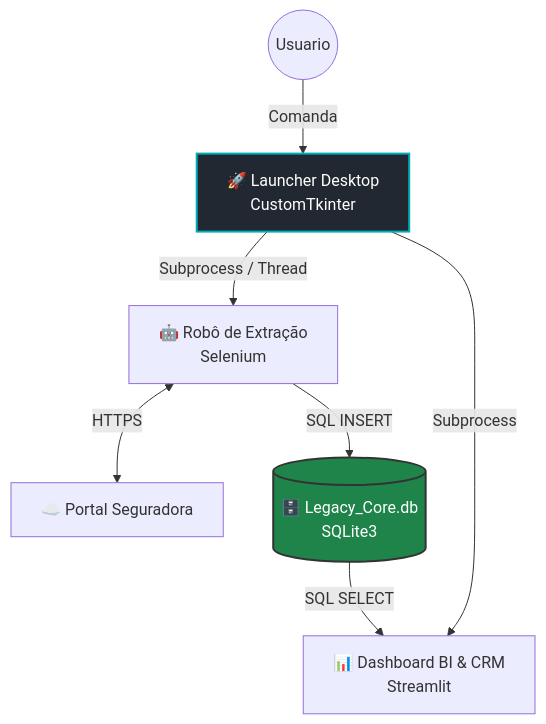
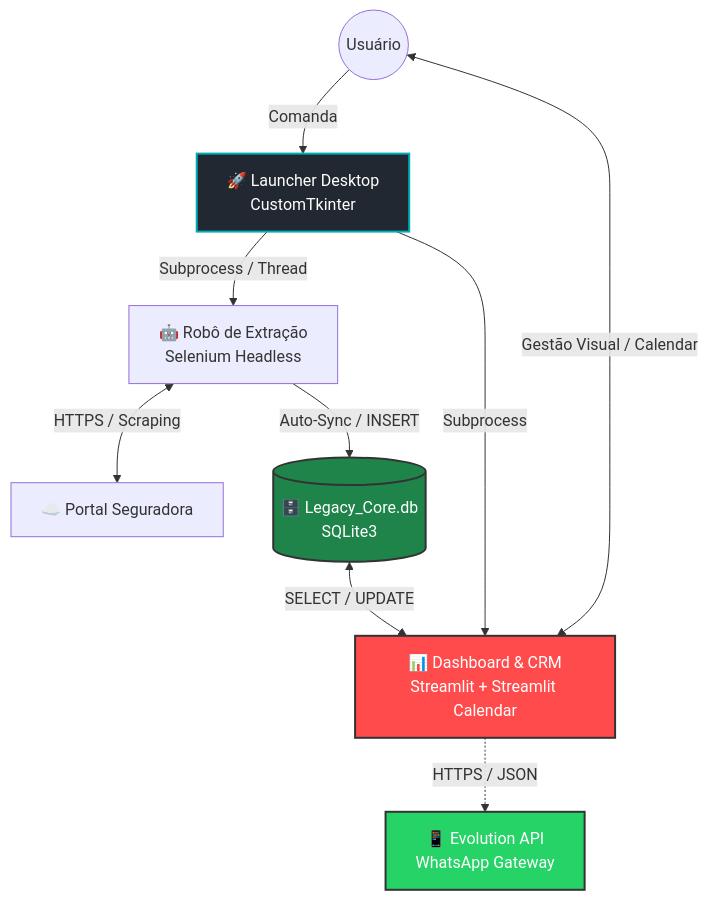
Before and after one commit to P3dr006/legacy-nexus-showcase: the first of 2 diagrams in README.md, drawn with Mermaid. The commit also changed other lines of this file, not shown here.

Commit message:
Novas demonstrações de funcionamento.

````diff
--- a/README.md
+++ b/README.md
@@ -20,23 +21,28 @@
 ```mermaid
 graph TD
     %% Atores e Launcher
-    User((Usuario)) -->|Comanda| Launcher[🚀 Launcher Desktop\nCustomTkinter]
+    User((Usuário)) -->|Comanda| Launcher[🚀 Launcher Desktop\nCustomTkinter]
+    User <-->|Gestão Visual / Calendar| Dash[📊 Dashboard & CRM\nStreamlit + Streamlit Calendar]
     
     %% O Launcher Gerencia os Processos
-    Launcher -->|Subprocess / Thread| Robo[🤖 Robô de Extração\nSelenium]
-    Launcher -->|Subprocess| Dash[📊 Dashboard BI & CRM\nStreamlit]
+    Launcher -->|Subprocess / Thread| Robo[🤖 Robô de Extração\nSelenium Headless]
+    Launcher -->|Subprocess| Dash
     
-    %% Fluxo de Dados do Robô
-    Robo <-->|HTTPS| Portal[☁️ Portal Seguradora]
-    Robo -->|SQL INSERT| DB[(🗄️ Legacy_Core.db\nSQLite3)]
+    %% Fluxo de Dados do Robô (Ingestão)
+    Robo <-->|HTTPS / Scraping| Portal[☁️ Portal Seguradora]
+    Robo -->|Auto-Sync / INSERT| DB[(🗄️ Legacy_Core.db\nSQLite3)]
     
-    %% Fluxo de Dados do Dashboard
-    DB -->|SQL SELECT| Dash
+    %% Fluxo de Dados do Dashboard (Gestão e BI)
+    DB <-->|SELECT / UPDATE| Dash
+    
+    %% Integrações Externas (Novidade v2.2)
+    Dash -.->|HTTPS / JSON| API[📱 Evolution API\nWhatsApp Gateway]
     
 
     
     %% Estilização
     style Launcher fill:#222831,stroke:#00ADB5,stroke-width:2px,color:white
     style DB fill:#1E8449,stroke:#333,stroke-width:2px,color:white
-
+    style Dash fill:#ff4b4b,stroke:#333,stroke-width:2px,color:white
+    style API fill:#25D366,stroke:#333,stroke-width:2px,color:white
 ```
````
